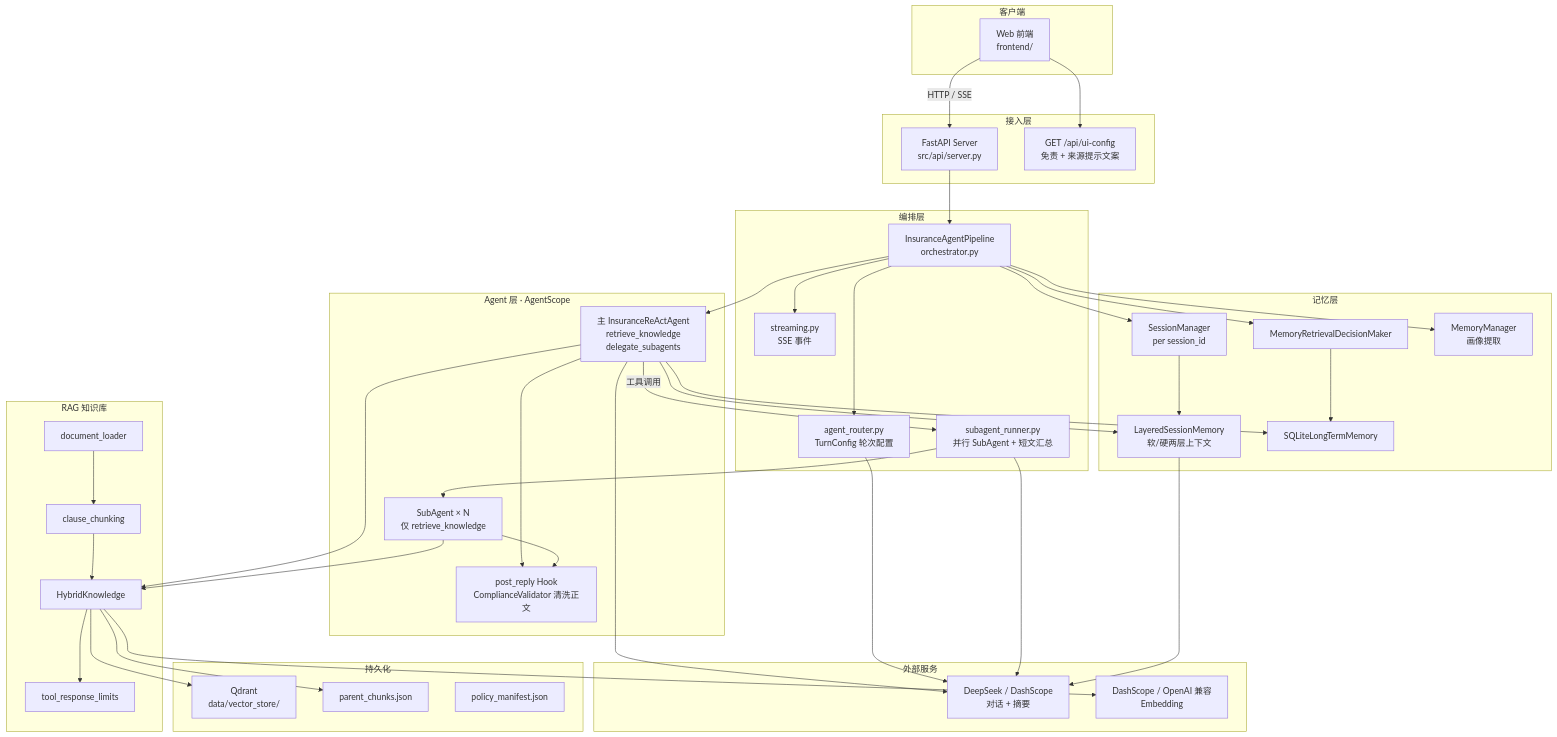
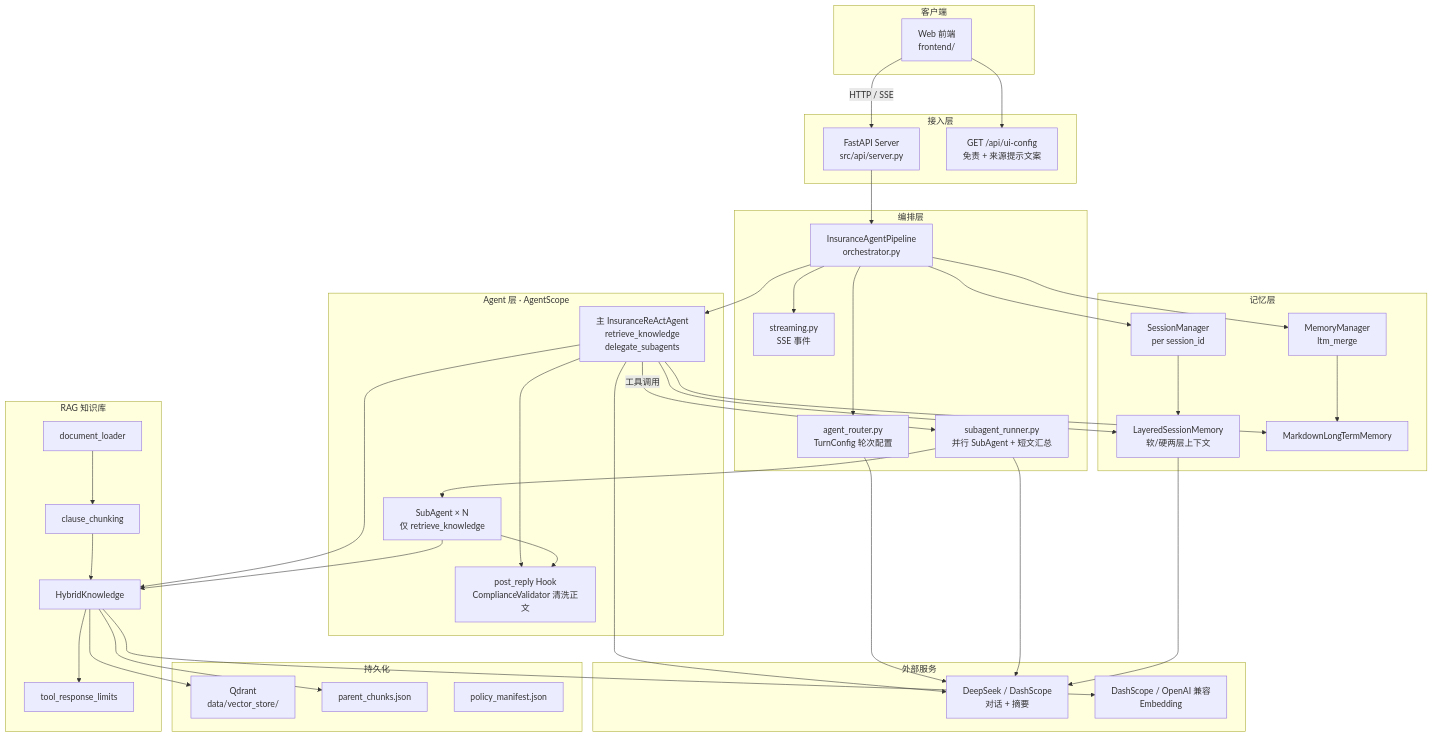
Before and after one commit to X14oMa/Loop_Insurance_Agent: the first of 8 diagrams in docs/architecture.md, drawn with Mermaid. The commit also changed other lines of this file and 56 other files, not shown here.

First line of the commit message:
Migrate to Markdown LTM and add eval harness with project docs.

````diff
--- a/docs/architecture.md
+++ b/docs/architecture.md
@@ -23,79 +23,77 @@
 ```mermaid
 flowchart TB
     subgraph Client["客户端"]
         UI["Web 前端<br/>frontend/"]
     end
 
     subgraph API["接入层"]
         FastAPI["FastAPI Server<br/>src/api/server.py"]
         UiCfg["GET /api/ui-config<br/>免责 + 来源提示文案"]
     end
 
     subgraph Pipeline["编排层"]
         Orch["InsuranceAgentPipeline<br/>orchestrator.py"]
         TurnCfg["agent_router.py<br/>TurnConfig 轮次配置"]
         SubRun["subagent_runner.py<br/>并行 SubAgent + 短文汇总"]
         Stream["streaming.py<br/>SSE 事件"]
     end
 
     subgraph Agent["Agent 层 · AgentScope"]
         Main["主 InsuranceReActAgent<br/>retrieve_knowledge<br/>delegate_subagents"]
         SubA["SubAgent × N<br/>仅 retrieve_knowledge"]
         Hook["post_reply Hook<br/>ComplianceValidator 清洗正文"]
     end
 
     subgraph Memory["记忆层"]
         Layered["LayeredSessionMemory<br/>软/硬两层上下文"]
         Session["SessionManager<br/>per session_id"]
-        Decision["MemoryRetrievalDecisionMaker"]
-        LTM["SQLiteLongTermMemory"]
-        MM["MemoryManager<br/>画像提取"]
+        Decision["MemoryManager<br/>ltm_merge"]
+        LTM["MarkdownLongTermMemory"]
     end
 
     subgraph RAG["RAG 知识库"]
         HK["HybridKnowledge"]
         Chunk["clause_chunking"]
         Limits["tool_response_limits"]
         Loader["document_loader"]
     end
 
     subgraph Storage["持久化"]
         Qdrant["Qdrant<br/>data/vector_store/"]
         Parent["parent_chunks.json"]
         Manifest["policy_manifest.json"]
     end
 
     subgraph External["外部服务"]
         LLM["DeepSeek / DashScope<br/>对话 + 摘要"]
         Emb["DashScope / OpenAI 兼容<br/>Embedding"]
     end
 
     UI -->|HTTP / SSE| FastAPI
     UI --> UiCfg
     FastAPI --> Orch
     Orch --> TurnCfg
     Orch --> Main
     Main -->|工具调用| SubRun
     SubRun --> SubA
     Orch --> Stream
     Orch --> Session
     Session --> Layered
     Main --> Layered
     Orch --> Decision
     Main --> HK
     SubA --> HK
     Main --> Hook
     SubA --> Hook
     Main --> LTM
     Decision --> LTM
-    Orch --> MM
     HK --> Limits
     HK --> Qdrant
     HK --> Parent
     Loader --> Chunk --> HK
     HK --> Emb
     Main --> LLM
     TurnCfg --> LLM
     SubRun --> LLM
     Layered --> LLM
 ```
````
